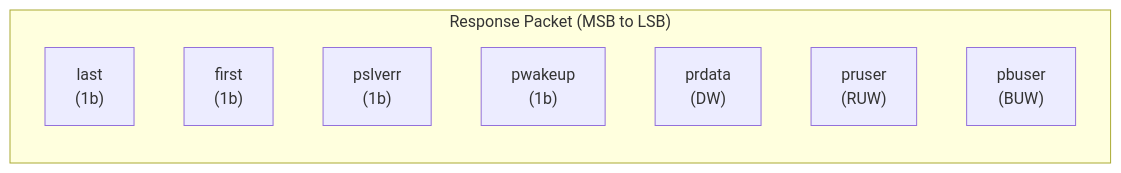
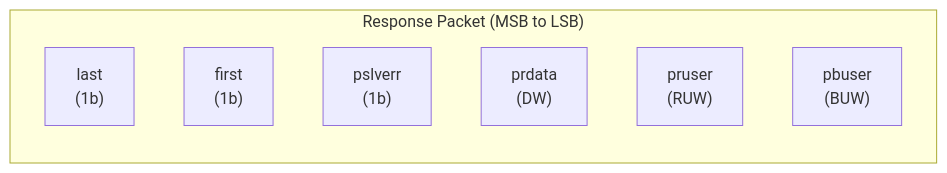
Before and after one commit to sean-galloway/RTLDesignSherpa: the third of 4 diagrams in docs/markdown/rtl-amba/apb5/apb5_master_stub.md, drawn with Mermaid. The commit also changed other lines of this file and 526 other files, not shown here.

````diff
--- a/docs/markdown/rtl-amba/apb5/apb5_master_stub.md
+++ b/docs/markdown/rtl-amba/apb5/apb5_master_stub.md
@@ -216,12 +225,11 @@
 ```mermaid
 flowchart LR
     subgraph RSP["Response Packet (MSB to LSB)"]
         last["last<br/>(1b)"]
         first["first<br/>(1b)"]
         pslverr["pslverr<br/>(1b)"]
-        pwakeup["pwakeup<br/>(1b)"]
         prdata["prdata<br/>(DW)"]
         pruser["pruser<br/>(RUW)"]
         pbuser["pbuser<br/>(BUW)"]
     end
 ```
````
